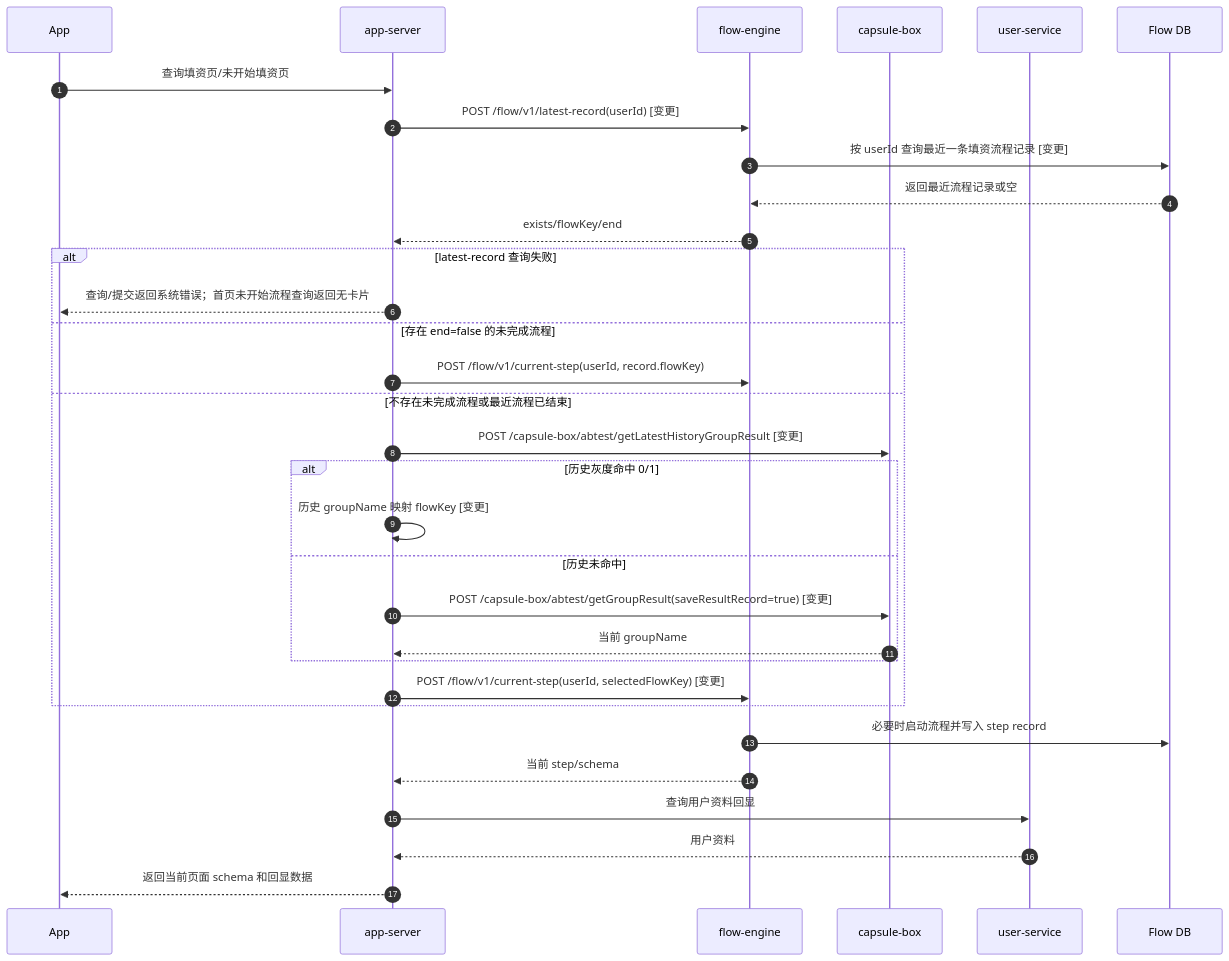
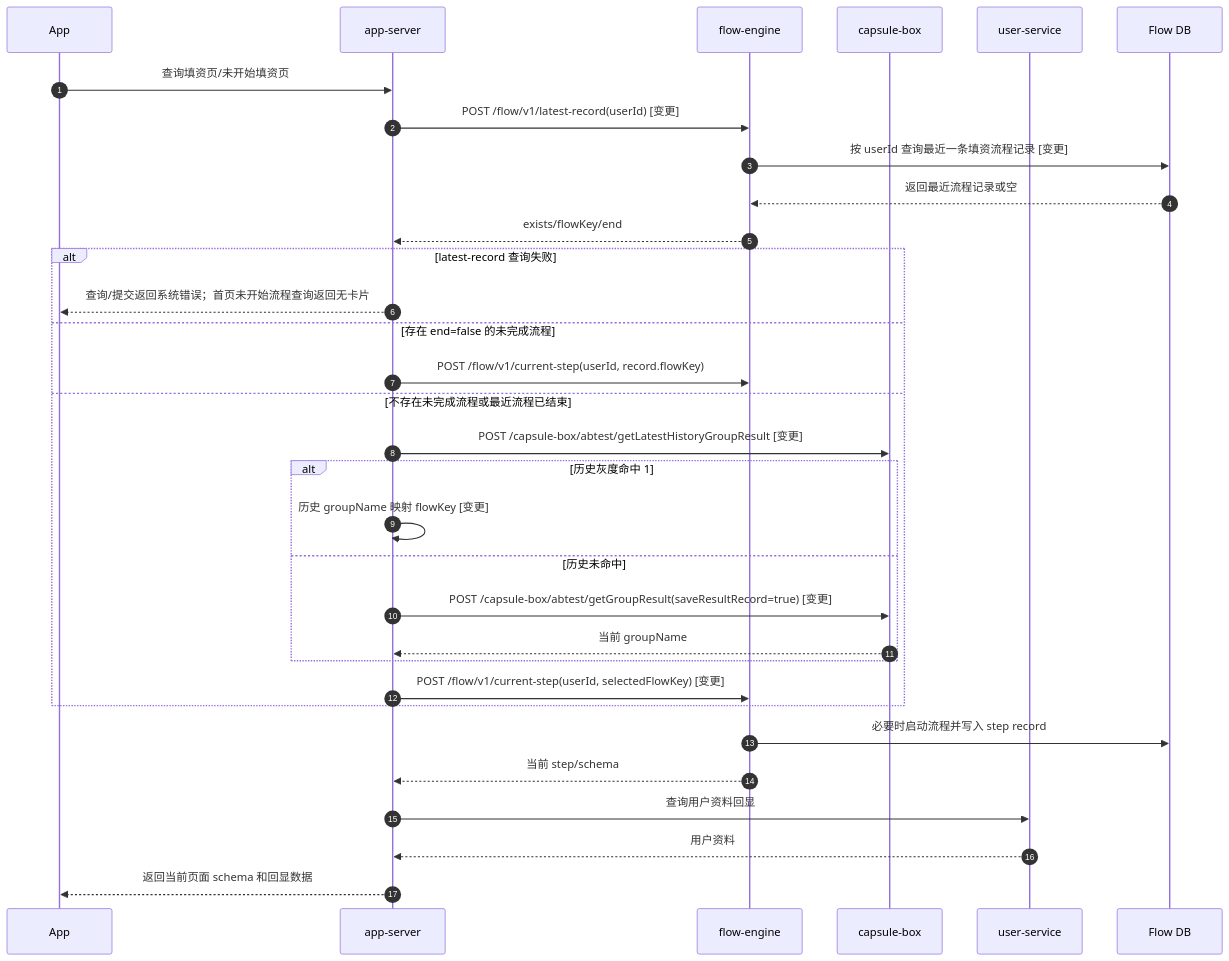
One commit to yikolemon/mgm-test changed the first of 3 diagrams in 戳额流程优化技术文档.md. Above: the diagram before and after it, drawn with Mermaid.

````diff
--- a/戳额流程优化技术文档.md
+++ b/戳额流程优化技术文档.md
@@ -25,35 +25,35 @@
 ```mermaid
 sequenceDiagram
   autonumber
   participant App as App
   participant AppServer as app-server
   participant FlowEngine as flow-engine
   participant CapsuleBox as capsule-box
   participant UserService as user-service
   participant FlowDB as Flow DB
 
   App ->> AppServer: 查询填资页/未开始填资页
   AppServer ->> FlowEngine: POST /flow/v1/latest-record(userId) [变更]
   FlowEngine ->> FlowDB: 按 userId 查询最近一条填资流程记录 [变更]
   FlowDB -->> FlowEngine: 返回最近流程记录或空
   FlowEngine -->> AppServer: exists/flowKey/end
   alt latest-record 查询失败
     AppServer -->> App: 查询/提交返回系统错误；首页未开始流程查询返回无卡片
   else 存在 end=false 的未完成流程
     AppServer ->> FlowEngine: POST /flow/v1/current-step(userId, record.flowKey)
   else 不存在未完成流程或最近流程已结束
     AppServer ->> CapsuleBox: POST /capsule-box/abtest/getLatestHistoryGroupResult  [变更]
-    alt 历史灰度命中 0/1
+    alt 历史灰度命中 1
       AppServer ->> AppServer: 历史 groupName 映射 flowKey  [变更]
     else 历史未命中
       AppServer ->> CapsuleBox: POST /capsule-box/abtest/getGroupResult(saveResultRecord=true)  [变更]
       CapsuleBox -->> AppServer: 当前 groupName
     end
     AppServer ->> FlowEngine: POST /flow/v1/current-step(userId, selectedFlowKey)  [变更]
   end
   FlowEngine ->> FlowDB: 必要时启动流程并写入 step record
   FlowEngine -->> AppServer: 当前 step/schema
   AppServer ->> UserService: 查询用户资料回显
   UserService -->> AppServer: 用户资料
   AppServer -->> App: 返回当前页面 schema 和回显数据
 ```
````
